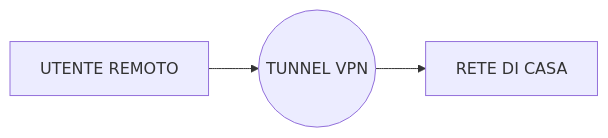
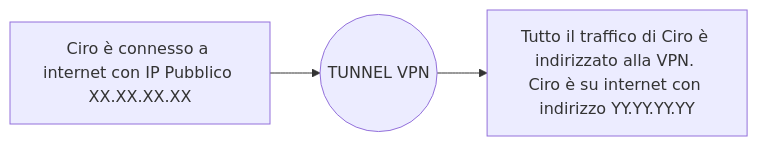
Before and after one commit to f-corona/WireGuard-Telegram_AutomationBot: the diagram in README.md, drawn with Mermaid.

````diff
--- a/README.md
+++ b/README.md
@@ -87,5 +87,5 @@
 ```mermaid
 flowchart LR
-A[UTENTE REMOTO] --> B((TUNNEL VPN))
-B --> C[RETE DI CASA]
+A[Ciro è connesso a internet con IP Pubblico XX.XX.XX.XX] --> B((TUNNEL VPN))
+B --> C[Tutto il traffico di Ciro è indirizzato alla VPN. Ciro è su internet con indirizzo YY.YY.YY.YY]
 ```
````
